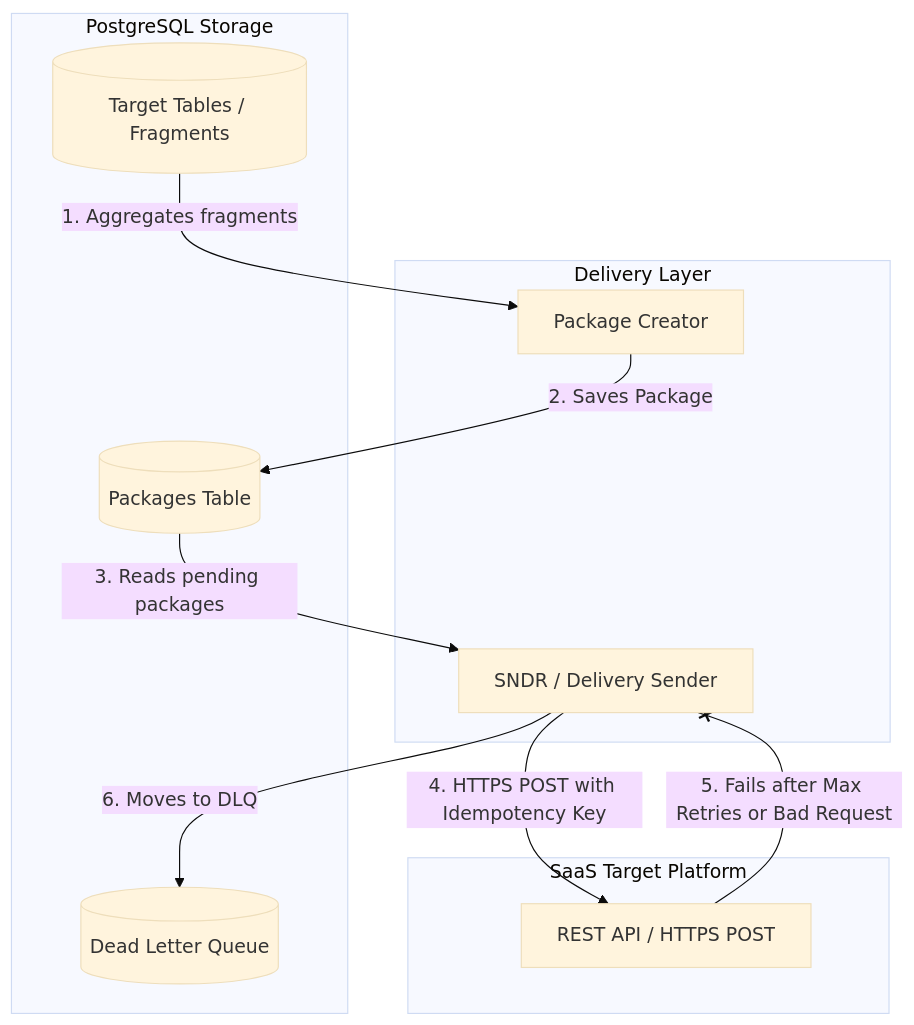
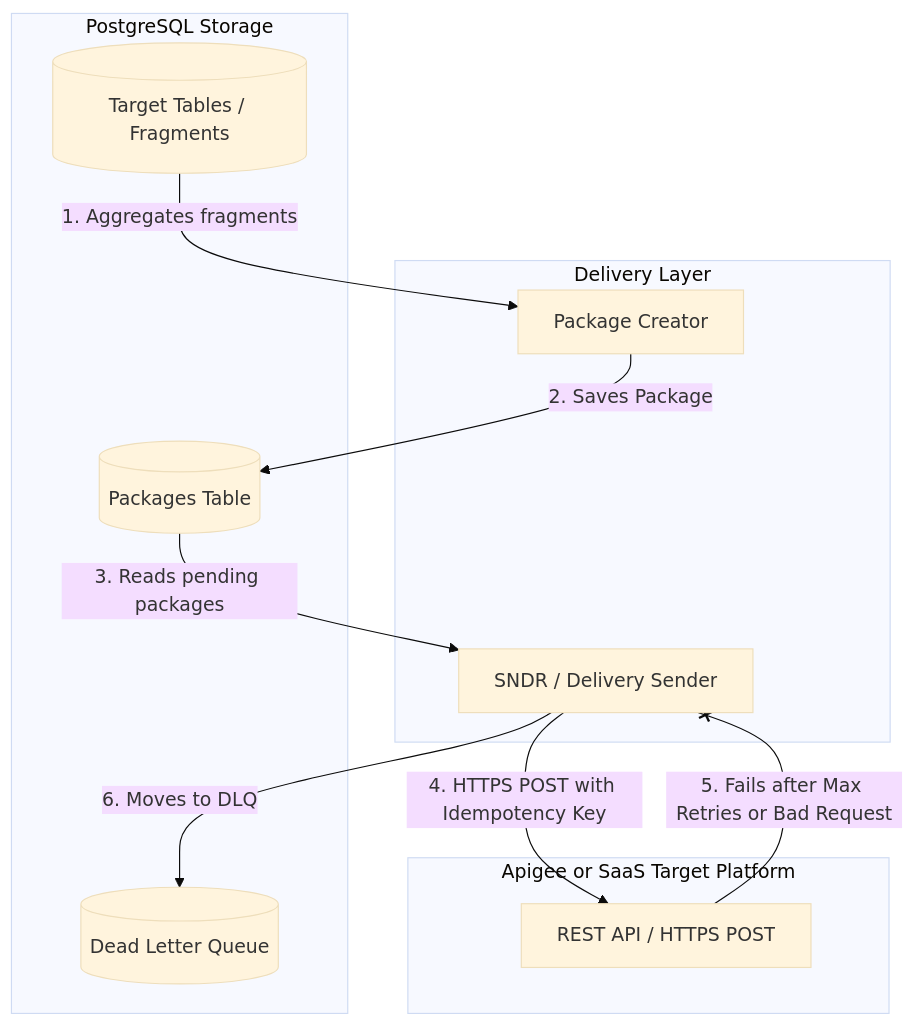
One commit to Zheng-Bote/mitm-2 changed the diagram in delivery-layer/README.md. Above: the diagram before and after it, drawn with Mermaid (base theme).

Commit message:
Update README to specify Apigee as SaaS platform

````diff
--- a/delivery-layer/README.md
+++ b/delivery-layer/README.md
@@ -11,24 +11,24 @@
 ```mermaid
 flowchart TD
     subgraph Storage[PostgreSQL Storage]
         DB_FRAG[(Target Tables / Fragments)]
         DB_PKG[(Packages Table)]
         DB_DLQ[(Dead Letter Queue)]
     end
 
     subgraph DeliveryLayer[Delivery Layer]
         PKGR[Package Creator]
         SNDR[SNDR / Delivery Sender]
     end
 
-    subgraph SaaS[SaaS Target Platform]
+    subgraph SaaS[Apigee or SaaS Target Platform]
         API[REST API / HTTPS POST]
     end
 
     DB_FRAG -->|1. Aggregates fragments| PKGR
     PKGR -->|2. Saves Package| DB_PKG
     DB_PKG -->|3. Reads pending packages| SNDR
     SNDR -->|4. HTTPS POST with Idempotency Key| API
     API --x|5. Fails after Max Retries or Bad Request| SNDR
     SNDR -->|6. Moves to DLQ| DB_DLQ
 ```
````
